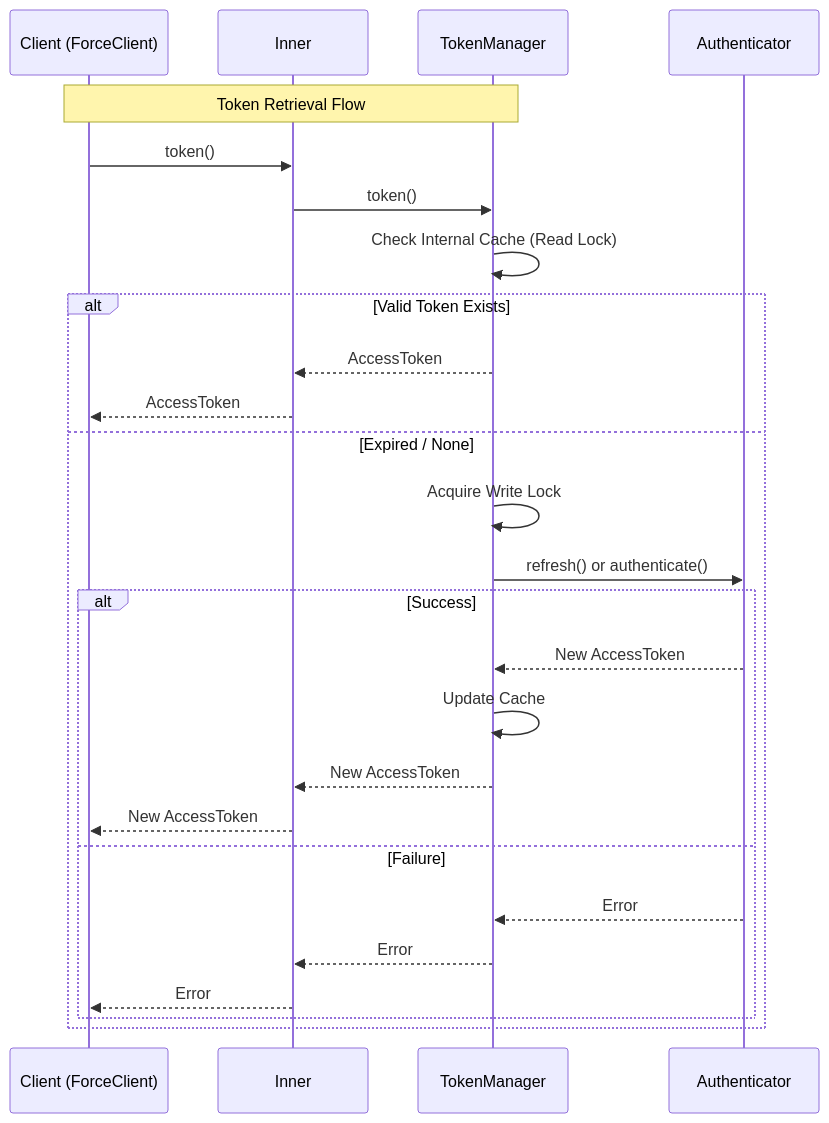
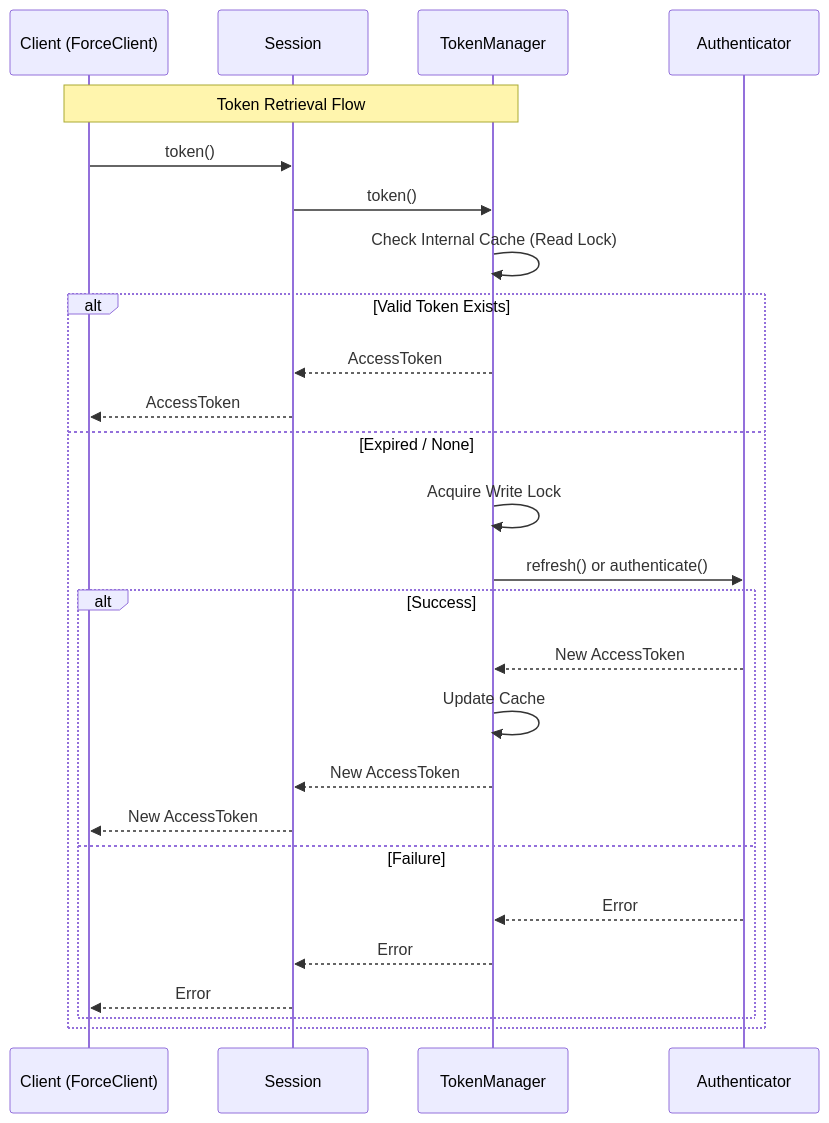
The fourth of 7 diagrams in docs/architecture.md (madmax983/force-rs), drawn with Mermaid before and after one commit. The commit also changed other lines of this file and 9 other files, not shown here.

First line of the commit message:
feat: Remove experimental features and update architecture docs

````diff
--- a/docs/architecture.md
+++ b/docs/architecture.md
@@ -77,29 +75,29 @@
 ```mermaid
 sequenceDiagram
     participant C as Client (ForceClient)
-    participant I as Inner
+    participant S as Session
     participant TM as TokenManager
     participant A as Authenticator
 
     Note over C, TM: Token Retrieval Flow
-    C->>I: token()
-    I->>TM: token()
+    C->>S: token()
+    S->>TM: token()
     TM->>TM: Check Internal Cache (Read Lock)
     alt Valid Token Exists
-        TM-->>I: AccessToken
-        I-->>C: AccessToken
+        TM-->>S: AccessToken
+        S-->>C: AccessToken
     else Expired / None
         TM->>TM: Acquire Write Lock
         TM->>A: refresh() or authenticate()
         alt Success
             A-->>TM: New AccessToken
             TM->>TM: Update Cache
-            TM-->>I: New AccessToken
-            I-->>C: New AccessToken
+            TM-->>S: New AccessToken
+            S-->>C: New AccessToken
         else Failure
             A-->>TM: Error
-            TM-->>I: Error
-            I-->>C: Error
+            TM-->>S: Error
+            S-->>C: Error
         end
     end
 ```
````
